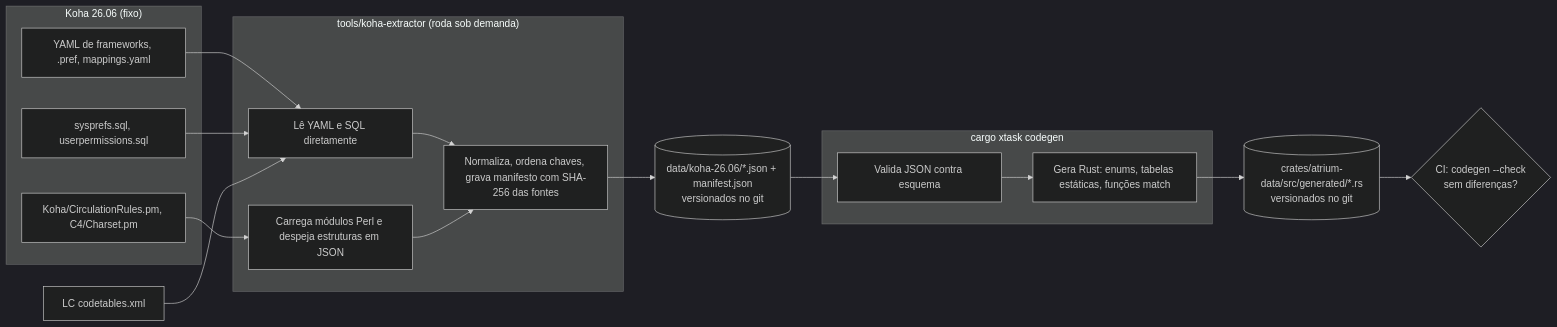
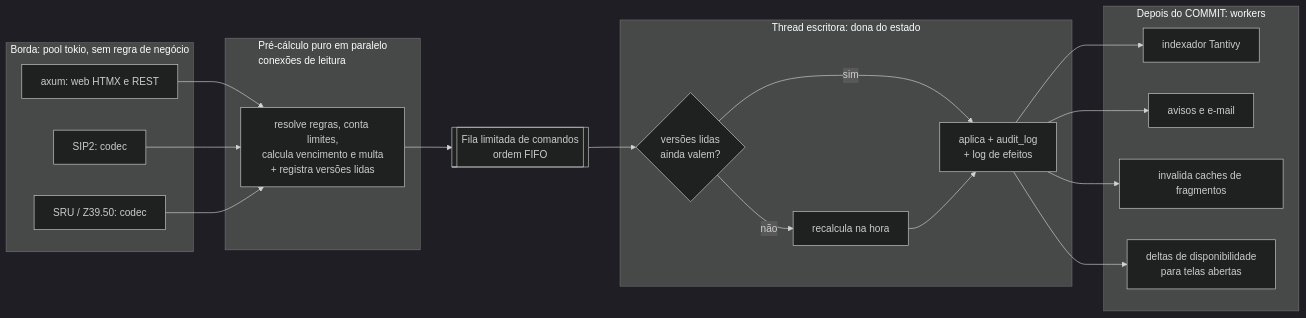
Before and after one commit to PauloFBaldiFH/Atrium: the first of 4 diagrams in docs/arquitetura/03-estrategia-reconstrucao.md, drawn with Mermaid (dark theme). The commit also changed other lines of this file and 1 other file, not shown here.

````diff
--- a/docs/arquitetura/03-estrategia-reconstrucao.md
+++ b/docs/arquitetura/03-estrategia-reconstrucao.md
@@ -77,33 +63,33 @@
 ```mermaid
 flowchart LR
-    subgraph Legado["Koha 26.06 (fixo)"]
-        Y["YAML de frameworks, .pref, mappings.yaml"]
-        S["sysprefs.sql, userpermissions.sql"]
-        P["Koha/CirculationRules.pm, C4/Charset.pm"]
+    subgraph Borda["Borda: pool tokio, sem regra de negócio"]
+        WEB["axum: web HTMX e REST"]
+        SIP["SIP2: codec"]
+        SRU["SRU / Z39.50: codec"]
     end
-    LC["LC codetables.xml"]
-
-    subgraph Extrator["tools/koha-extractor (roda sob demanda)"]
-        E1["Lê YAML e SQL diretamente"]
-        E2["Carrega módulos Perl e despeja estruturas em JSON"]
-        E3["Normaliza, ordena chaves, grava manifesto com SHA-256 das fontes"]
+    subgraph Pre["Pré-cálculo puro em paralelo<br/>conexões de leitura"]
+        PC["resolve regras, conta limites,<br/>calcula vencimento e multa<br/>+ registra versões lidas"]
     end
-
-    J[("data/koha-26.06/*.json + manifest.json<br/>versionados no git")]
-
-    subgraph Codegen["cargo xtask codegen"]
-        G1["Valida JSON contra esquema"]
-        G2["Gera Rust: enums, tabelas estáticas, funções match"]
+    Q[["Fila limitada de comandos<br/>ordem FIFO"]]
+    subgraph W["Thread escritora: dona do estado"]
+        V{"versões lidas<br/>ainda valem?"}
+        RC["recalcula na hora"]
+        C["aplica + audit_log<br/>+ log de efeitos"]
     end
-
-    R[("crates/atrium-data/src/generated/*.rs<br/>versionados no git")]
-    CI{"CI: codegen --check<br/>sem diferenças?"}
-
-    Y --> E1
-    S --> E1
-    P --> E2
-    LC --> E1
-    E1 --> E3
-    E2 --> E3
-    E3 --> J --> G1 --> G2 --> R --> CI
+    subgraph Pos["Depois do COMMIT: workers"]
+        IDX["indexador Tantivy"]
+        NOT["avisos e e-mail"]
+        CACHE["invalida caches de fragmentos"]
+        PUSH["deltas de disponibilidade<br/>para telas abertas"]
+    end
+    WEB --> PC
+    SIP --> PC
+    SRU --> PC
+    PC --> Q --> V
+    V -- sim --> C
+    V -- não --> RC --> C
+    C --> IDX
+    C --> NOT
+    C --> CACHE
+    C --> PUSH
 ```
````
